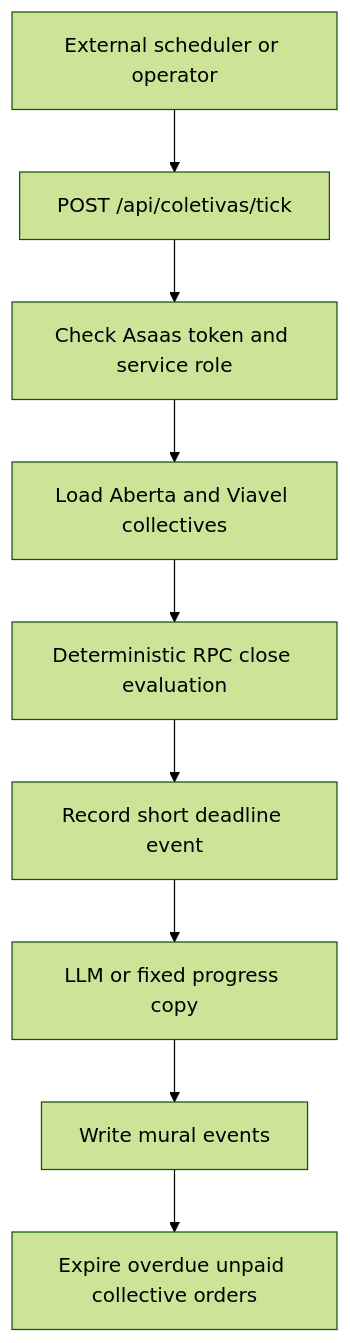
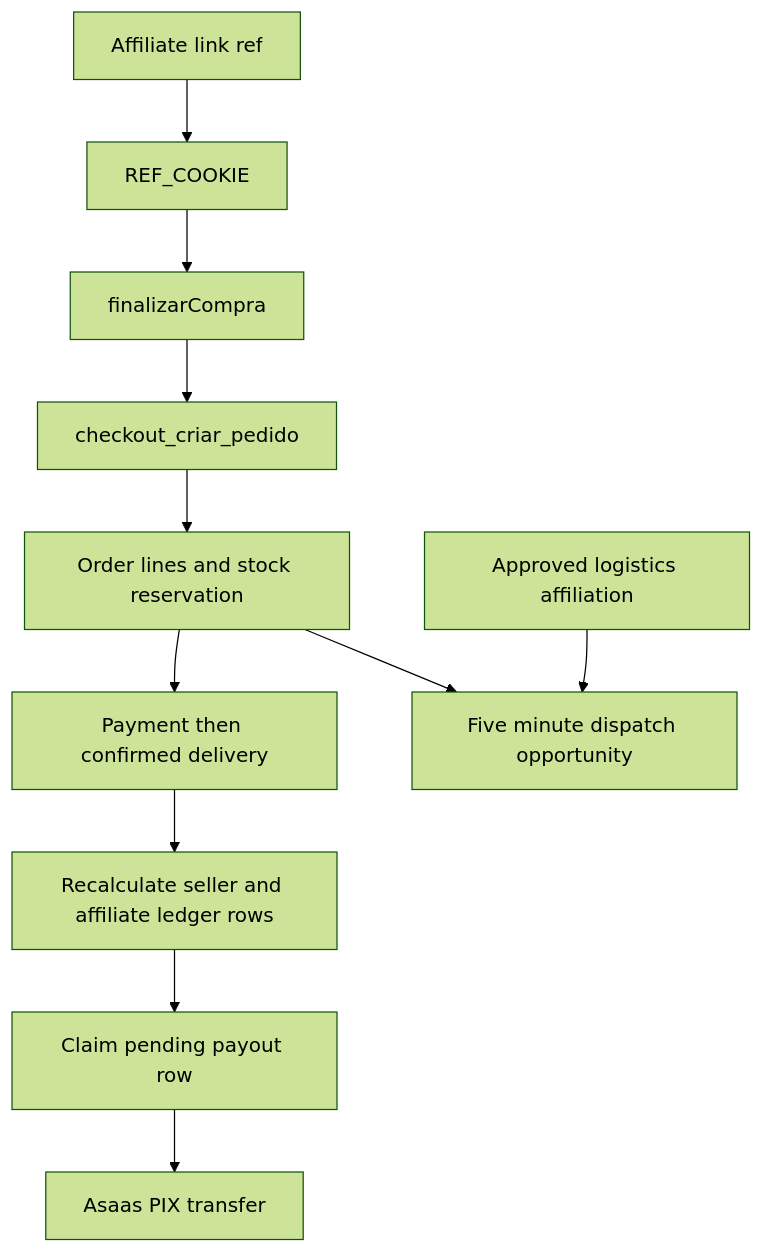
The second of 2 diagrams in openwiki/workflows/collective-commerce-and-affiliates.md (Schneider-Gr/industria24hIA), drawn with Mermaid (forest theme) before and after one commit. The commit also changed other lines of this file and 34 other files, not shown here.

````diff
--- a/openwiki/workflows/collective-commerce-and-affiliates.md
+++ b/openwiki/workflows/collective-commerce-and-affiliates.md
@@ -109,11 +124,13 @@
 ```mermaid
 flowchart TD
-    Trigger["External scheduler or operator"] --> Route["POST /api/coletivas/tick"]
-    Route --> Auth["Check Asaas token and service role"]
-    Auth --> Load["Load Aberta and Viavel collectives"]
-    Load --> Evaluate["Deterministic RPC close evaluation"]
-    Evaluate --> Deadline["Record short deadline event"]
-    Deadline --> Draft["LLM or fixed progress copy"]
-    Draft --> Publish["Write mural events"]
-    Publish --> Expire["Expire overdue unpaid collective orders"]
+    Link["Affiliate link ref"] --> Cookie["REF_COOKIE"]
+    Cookie --> Action["finalizarCompra"]
+    Action --> Rpc["checkout_criar_pedido"]
+    Rpc --> Lines["Order lines and stock reservation"]
+    Lines --> Delivery["Payment then confirmed delivery"]
+    Delivery --> Ledger["Recalculate seller and affiliate ledger rows"]
+    Ledger --> Claim["Claim pending payout row"]
+    Claim --> Pix["Asaas PIX transfer"]
+    LogAff["Approved logistics affiliation"] --> Dispatch["Five minute dispatch opportunity"]
+    Lines --> Dispatch
 ```
````
